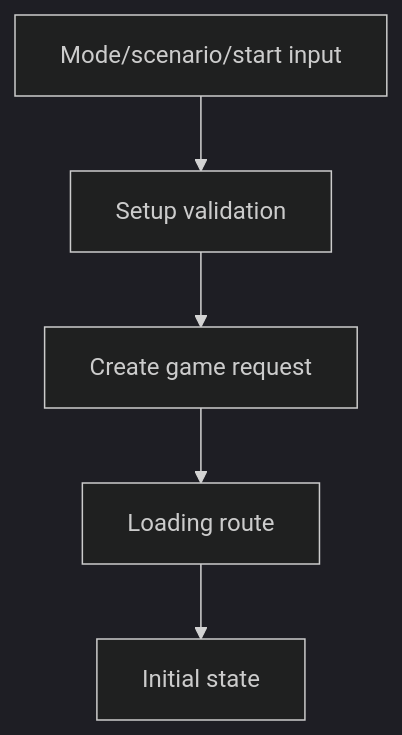
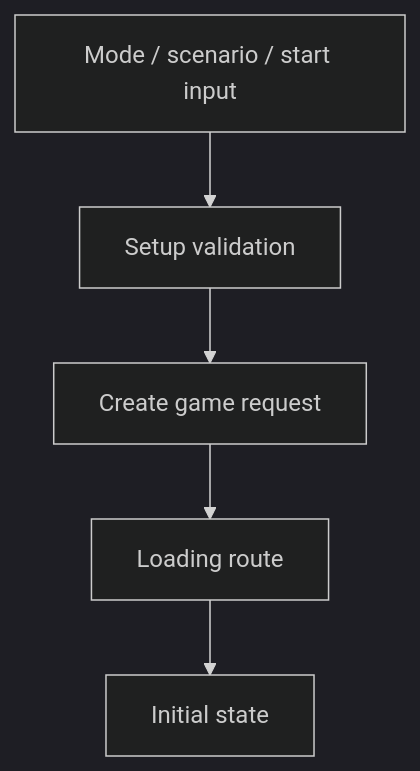
Before and after one commit to SunaNoOshiro/Heroes_Reforged_AI_Realms: the third of 5 diagrams in docs/architecture/wiki/screens/02-new-game-setup/architecture.md, drawn with Mermaid (dark theme). The commit also changed other lines of this file and 518 other files, not shown here.

First line of the commit message:
Add doc-audit skill and sweep architecture/screen docs

````diff
--- a/docs/architecture/wiki/screens/02-new-game-setup/architecture.md
+++ b/docs/architecture/wiki/screens/02-new-game-setup/architecture.md
@@ -44,8 +55,8 @@
 ```mermaid
 flowchart TD
-  I0["Mode/scenario/start input"] --> I1
+  I0["Mode / scenario / start input"] --> I1
   I1["Setup validation"] --> I2
   I2["Create game request"] --> I3
   I3["Loading route"] --> I4
   I4["Initial state"]
 ```
````
